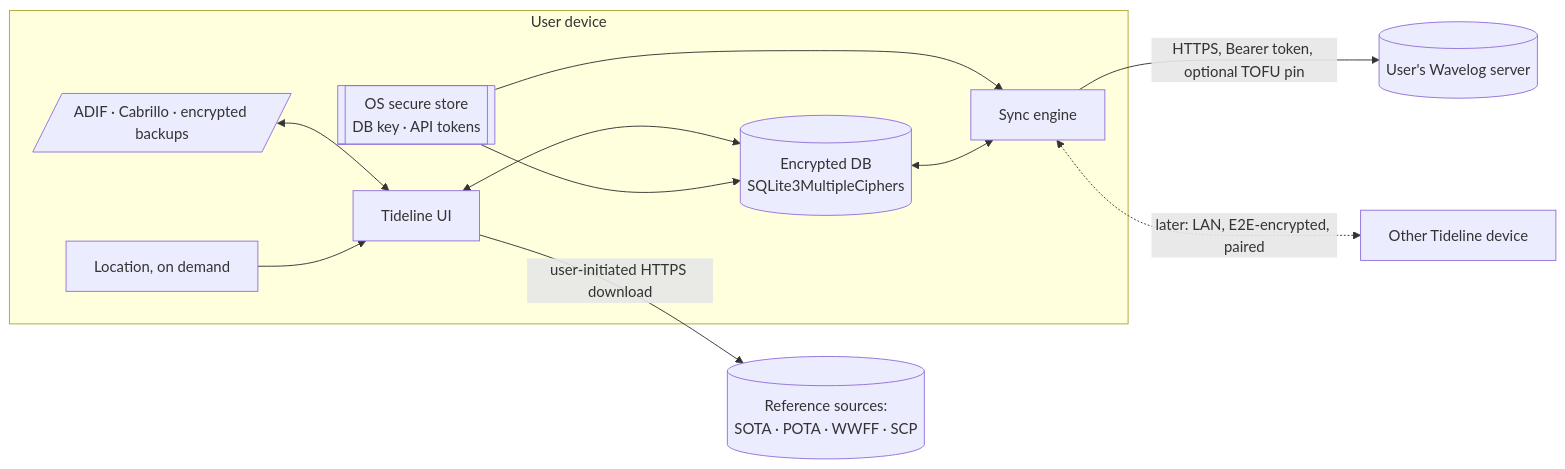
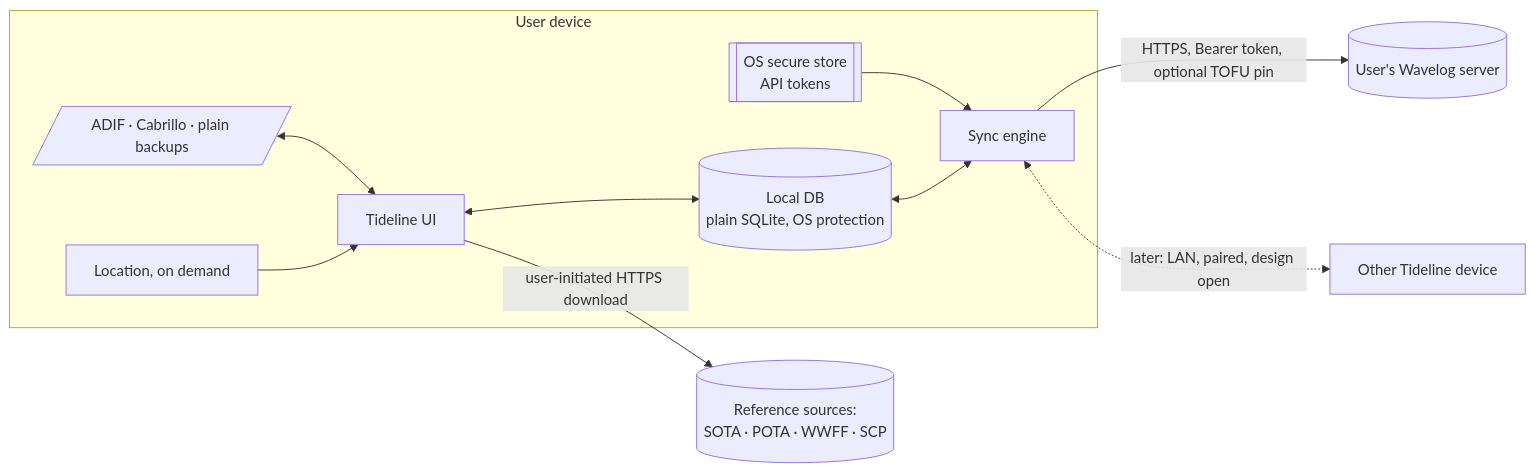
Before and after one commit to ceotjoe/tideline: the diagram in docs/security/data-flow.md, drawn with Mermaid. The commit also changed other lines of this file and 23 other files, not shown here.

````diff
--- a/docs/security/data-flow.md
+++ b/docs/security/data-flow.md
@@ -3,14 +3,14 @@
 ```mermaid
 flowchart LR
   subgraph device["User device"]
-    UI[Tideline UI] <--> DB[(Encrypted DB<br/>SQLite3MultipleCiphers)]
-    KS[[OS secure store<br/>DB key · API tokens]] --> DB
+    UI[Tideline UI] <--> DB[(Local DB<br/>plain SQLite, OS protection)]
+    KS[[OS secure store<br/>API tokens]]
     KS --> SYNC[Sync engine]
     DB <--> SYNC
-    FILES[/ADIF · Cabrillo · encrypted backups/] <--> UI
+    FILES[/ADIF · Cabrillo · plain backups/] <--> UI
     GPS[Location, on demand] --> UI
   end
   SYNC -- HTTPS, Bearer token, optional TOFU pin --> WL[(User's Wavelog server)]
   UI -- user-initiated HTTPS download --> REF[(Reference sources:<br/>SOTA · POTA · WWFF · SCP)]
-  SYNC <-. later: LAN, E2E-encrypted, paired .-> PEER[Other Tideline device]
+  SYNC <-. later: LAN, paired, design open .-> PEER[Other Tideline device]
 ```
````
